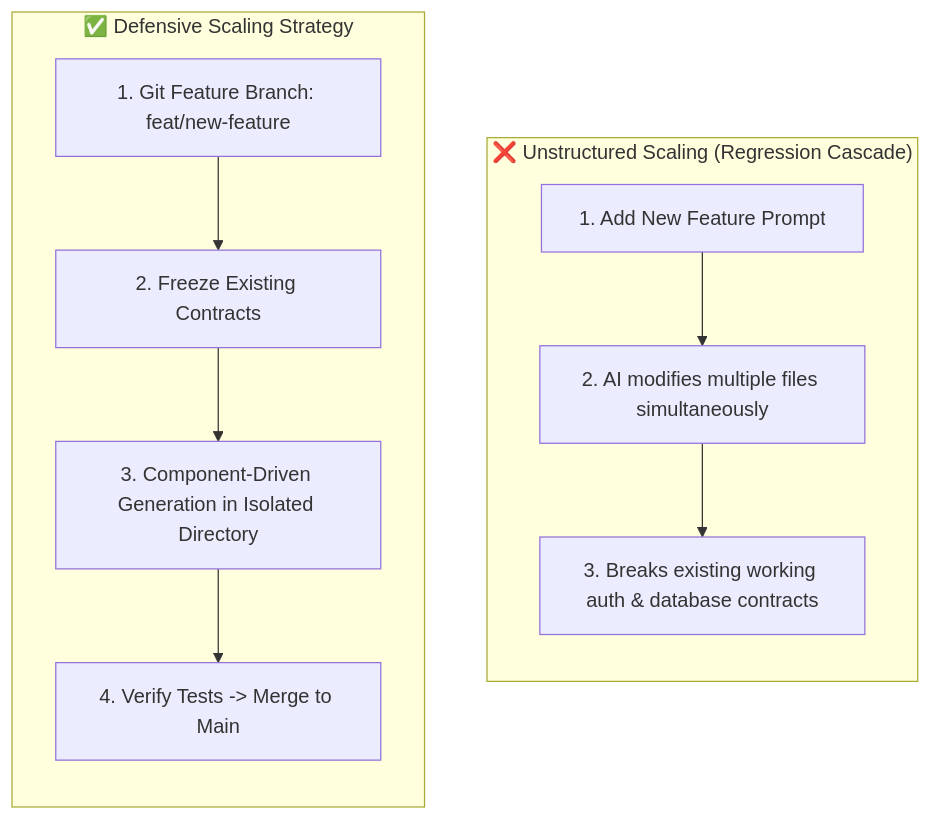
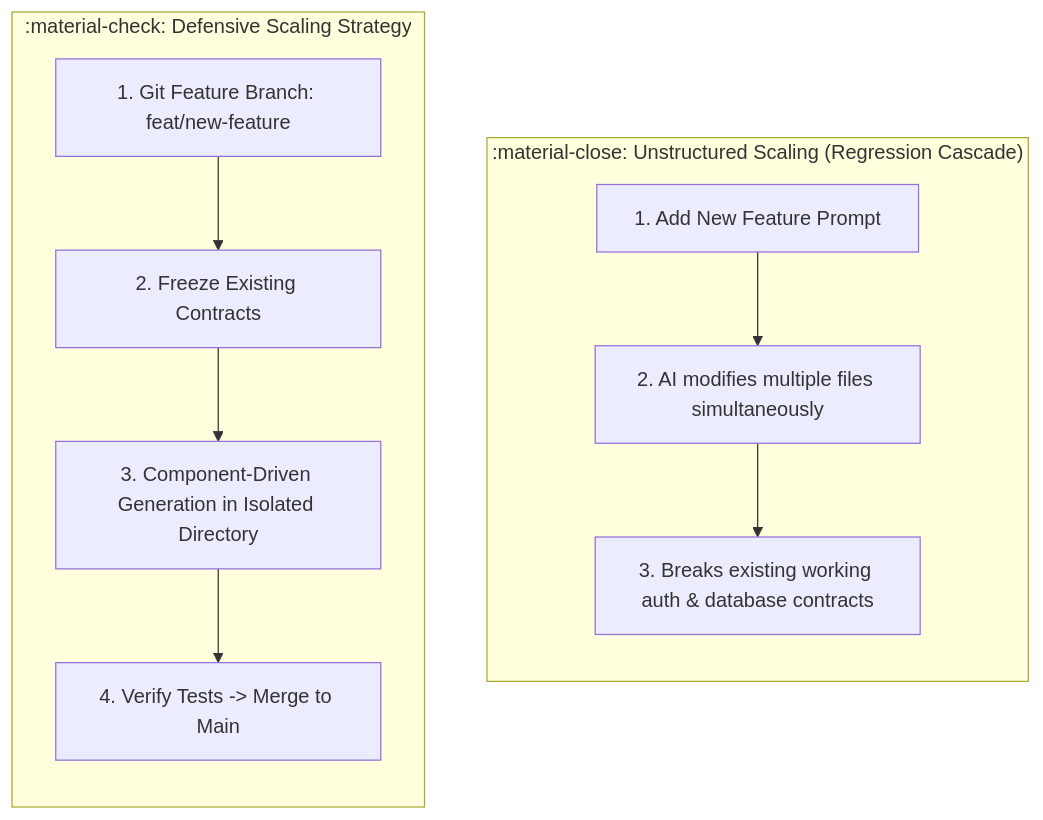
One commit to Karang1908/vibecoding changed the second of 2 diagrams in docs/post-workshop/01-beyond-vibecoding.md. Above: the diagram before and after it, drawn with Mermaid. The commit also changed 28 other files, not shown here.

````diff
--- a/docs/post-workshop/01-beyond-vibecoding.md
+++ b/docs/post-workshop/01-beyond-vibecoding.md
@@ -46,15 +46,15 @@
 ```mermaid
 flowchart TB
-    subgraph Anti_Pattern ["❌ Unstructured Scaling (Regression Cascade)"]
+    subgraph Anti_Pattern [":material-close: Unstructured Scaling (Regression Cascade)"]
         direction TB
         A1["1. Add New Feature Prompt"] --> A2["2. AI modifies multiple files simultaneously"]
         A2 --> A3["3. Breaks existing working auth & database contracts"]
     end
 
-    subgraph Best_Practice ["✅ Defensive Scaling Strategy"]
+    subgraph Best_Practice [":material-check: Defensive Scaling Strategy"]
         direction TB
         B1["1. Git Feature Branch: feat/new-feature"] --> B2["2. Freeze Existing Contracts"]
         B2 --> B3["3. Component-Driven Generation in Isolated Directory"]
         B3 --> B4["4. Verify Tests -> Merge to Main"]
     end
 ```
````
